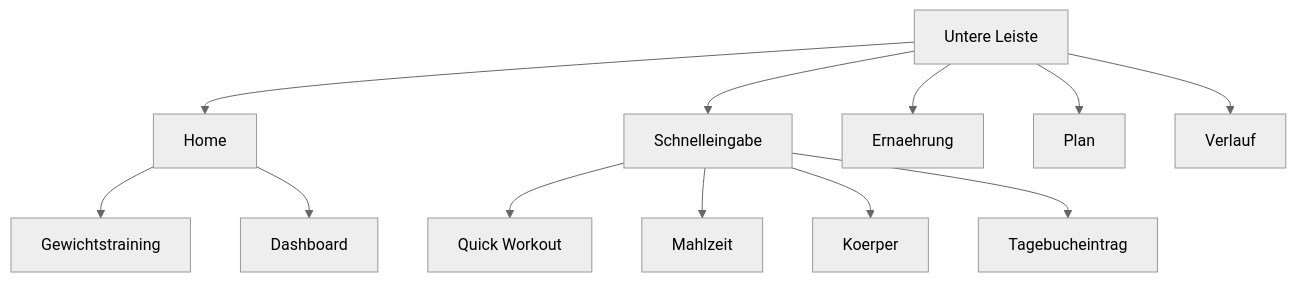
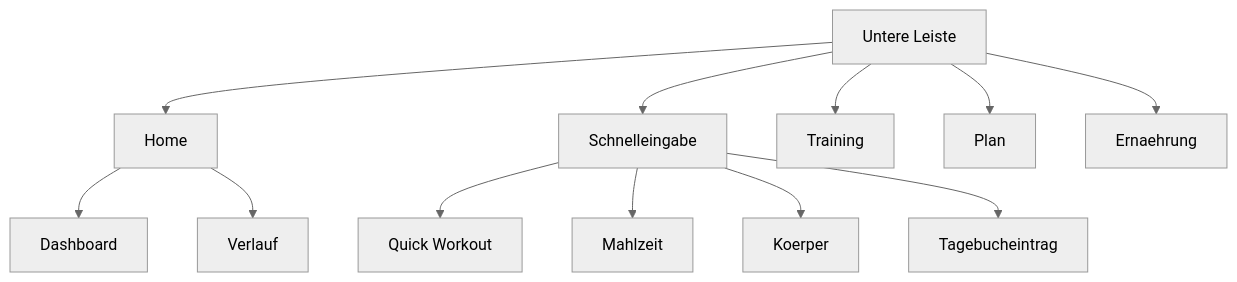
The diagram in handbuch/erste-schritte.md (delorienC/spartaisland-website), drawn with Mermaid (neutral theme) before and after one commit. The commit also changed other lines of this file and 3 other files, not shown here.

````diff
--- a/handbuch/erste-schritte.md
+++ b/handbuch/erste-schritte.md
@@ -37,14 +39,14 @@
 ```mermaid
 flowchart TD
-  Home["Home"] --> Strength["Gewichtstraining"]
-  Home --> Dash["Dashboard"]
+  Home["Home"] --> Dash["Dashboard"]
+  Home --> Log["Verlauf"]
   Quick["Schnelleingabe"] --> QW["Quick Workout"]
   Quick --> Meal["Mahlzeit"]
   Quick --> Body["Koerper"]
   Quick --> Note["Tagebucheintrag"]
   Tabs["Untere Leiste"] --> Home
+  Tabs --> Strength["Training"]
+  Tabs --> Plan["Plan"]
   Tabs --> Nutri["Ernaehrung"]
-  Tabs --> Plan["Plan"]
-  Tabs --> Log["Verlauf"]
   Tabs --> Quick
 ```
````
